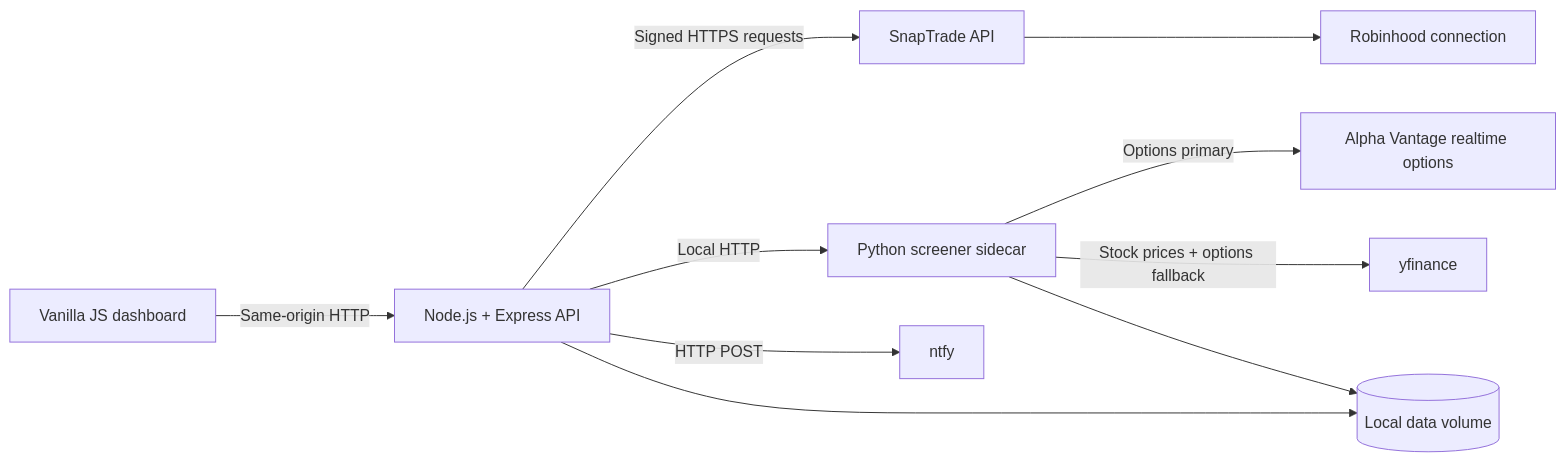
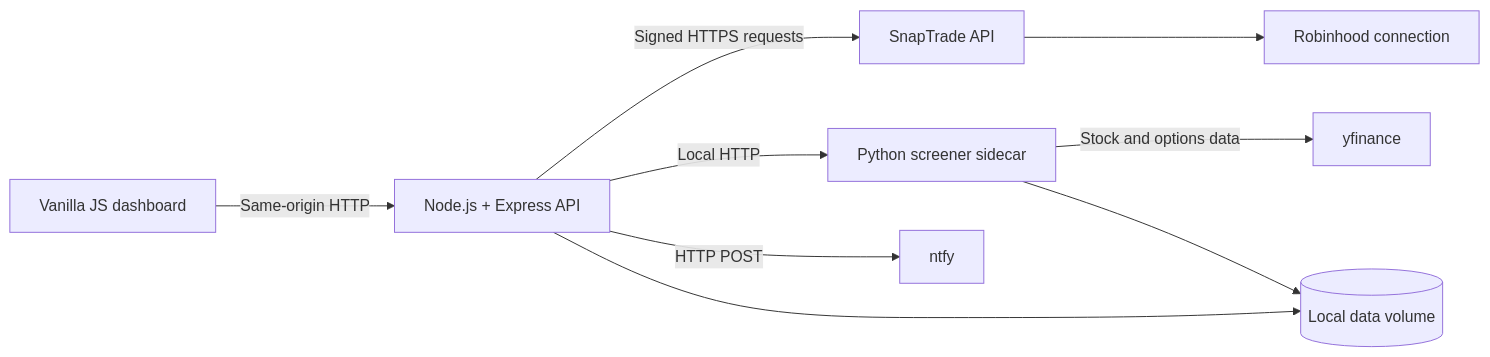
Before and after one commit to asadhusain97/wheely_nilly: the diagram in README.md, drawn with Mermaid. The commit also changed other lines of this file and 23 other files, not shown here.

Commit message:
refactor: use yfinance as sole market data provider

````diff
--- a/README.md
+++ b/README.md
@@ -27,12 +27,11 @@
 ```mermaid
 flowchart LR
     Browser[Vanilla JS dashboard] -->|Same-origin HTTP| Node[Node.js + Express API]
     Node -->|Signed HTTPS requests| SnapTrade[SnapTrade API]
     SnapTrade --> Robinhood[Robinhood connection]
     Node -->|Local HTTP| Python[Python screener sidecar]
-    Python -->|Options primary| Alpha[Alpha Vantage realtime options]
-    Python -->|Stock prices + options fallback| Yahoo[yfinance]
+    Python -->|Stock and options data| Yahoo[yfinance]
     Node -->|HTTP POST| Ntfy[ntfy]
     Node --> Data[(Local data volume)]
     Python --> Data
 ```
````
